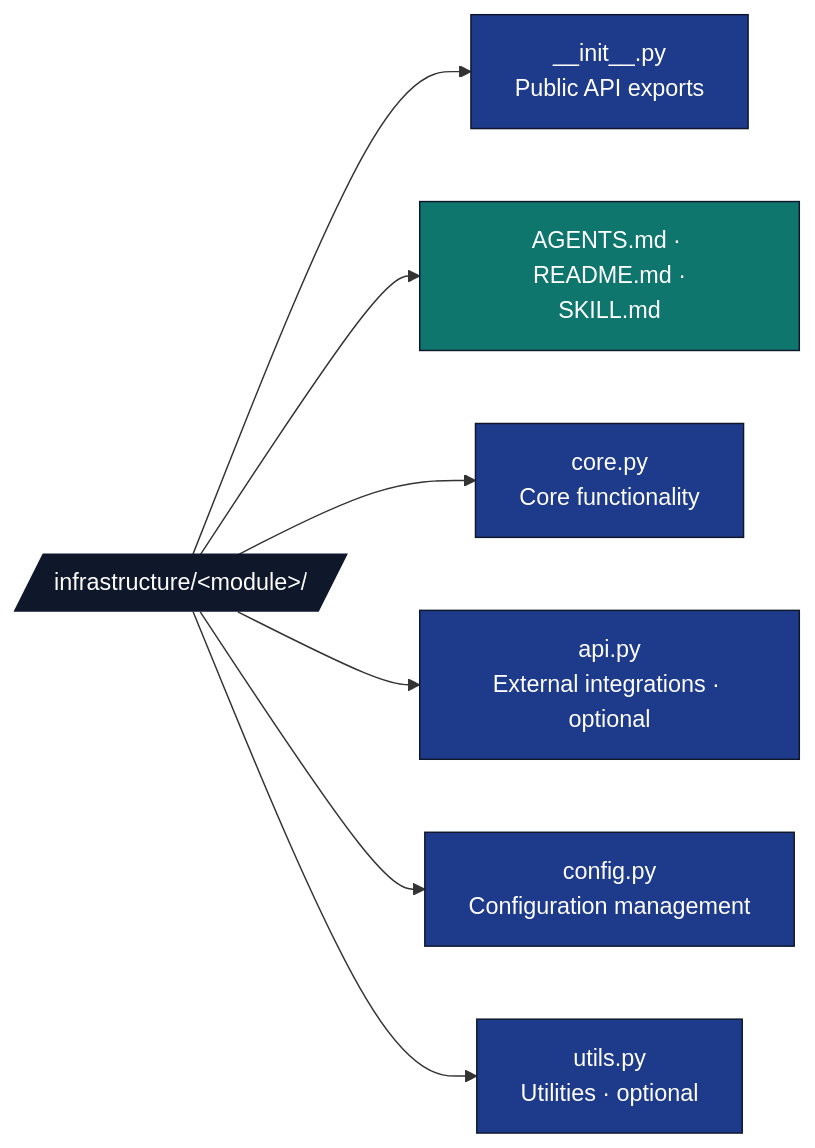
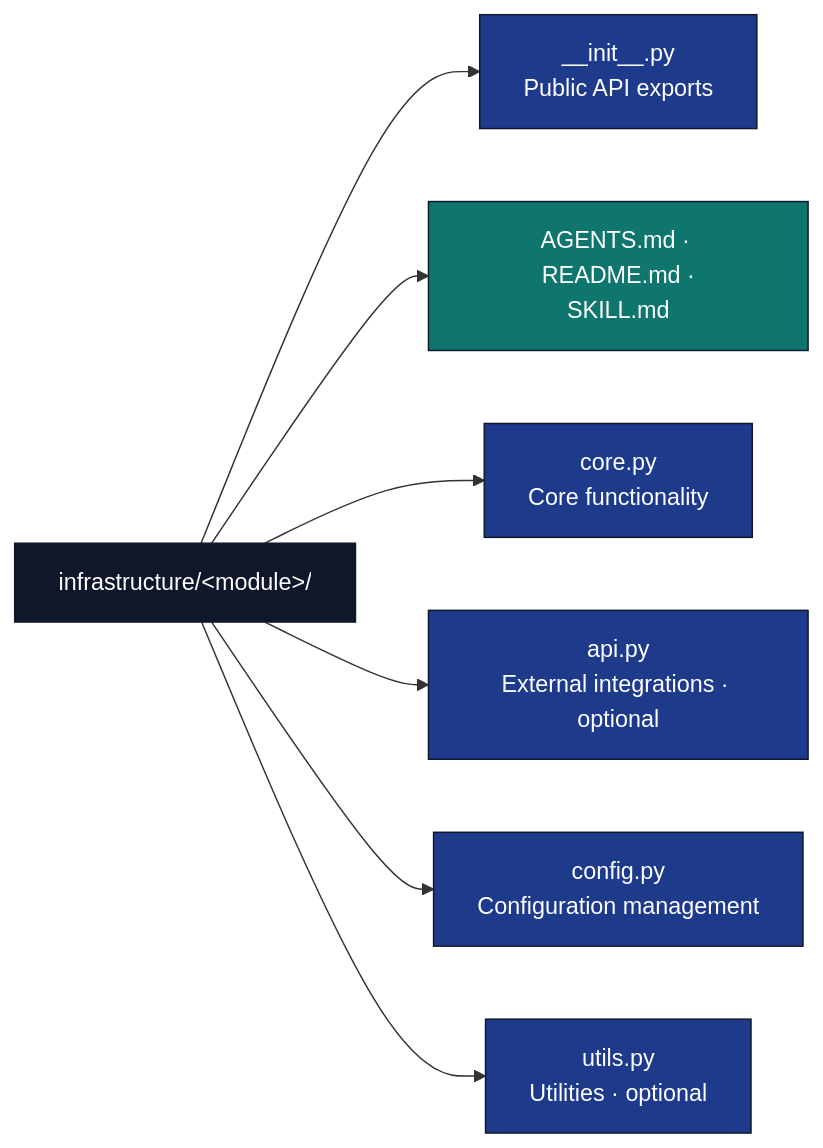
Before and after one commit to docxology/template: the first of 3 diagrams in docs/rules/infrastructure_modules.md, drawn with Mermaid. The commit also changed other lines of this file and 94 other files, not shown here.

````diff
--- a/docs/rules/infrastructure_modules.md
+++ b/docs/rules/infrastructure_modules.md
@@ -11,17 +11,17 @@
 ```mermaid
 flowchart LR
-    M[/infrastructure/&lt;module&gt;//]
+    M[infrastructure/&lt;module&gt;/]
     M --> INIT[__init__.py<br/>Public API exports]
     M --> AG[AGENTS.md · README.md ·<br/>SKILL.md]
     M --> CORE[core.py<br/>Core functionality]
     M --> API[api.py<br/>External integrations · optional]
     M --> CFG[config.py<br/>Configuration management]
     M --> UT[utils.py<br/>Utilities · optional]
 
     classDef d fill:#0f172a,stroke:#0f172a,color:#fff
     classDef code fill:#1e3a8a,stroke:#0f172a,color:#fff
     classDef doc fill:#0f766e,stroke:#0f172a,color:#fff
     class M d
     class INIT,CORE,API,CFG,UT code
     class AG doc
 ```
````
